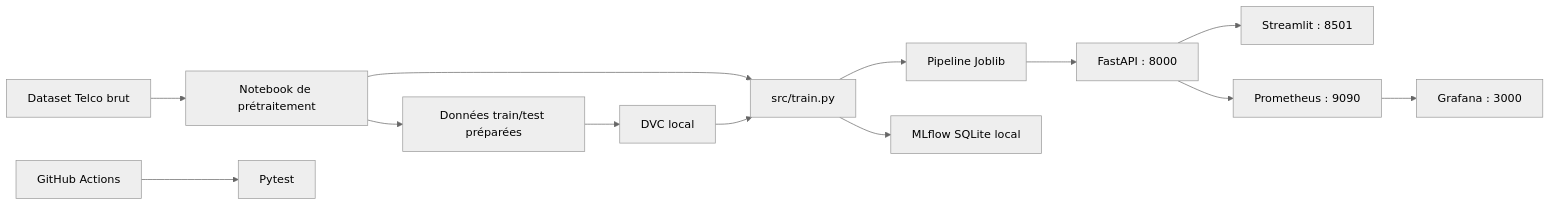
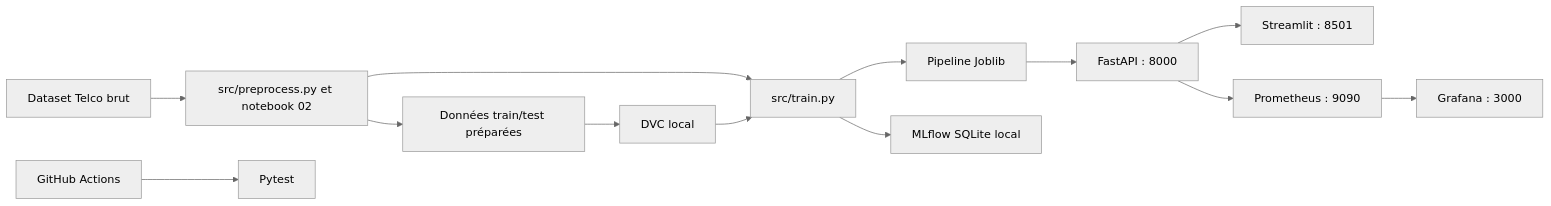
The diagram in README.md (atiqaessayouti/Automl-mlops-platform), drawn with Mermaid (neutral theme) before and after one commit. The commit also changed other lines of this file and 19 other files, not shown here.

````diff
--- a/README.md
+++ b/README.md
@@ -81,15 +92,15 @@
 ```mermaid
 flowchart LR
-    CSV[Dataset Telco brut] --> PREP[Notebook de prétraitement]
+    CSV[Dataset Telco brut] --> PREP[src/preprocess.py et notebook 02]
     PREP --> DATA[Données train/test préparées]
     DATA --> DVC[DVC local]
     PREP --> TRAIN[src/train.py]
     DVC --> TRAIN
     TRAIN --> MODEL[Pipeline Joblib]
     TRAIN --> MLFLOW[MLflow SQLite local]
     MODEL --> API[FastAPI : 8000]
     API --> UI[Streamlit : 8501]
     API --> PROM[Prometheus : 9090]
     PROM --> GRAF[Grafana : 3000]
     CI[GitHub Actions] --> TEST[Pytest]
 ```
````
